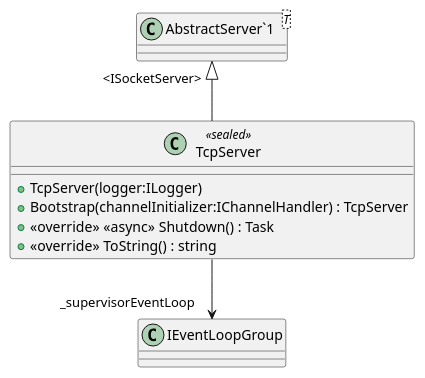
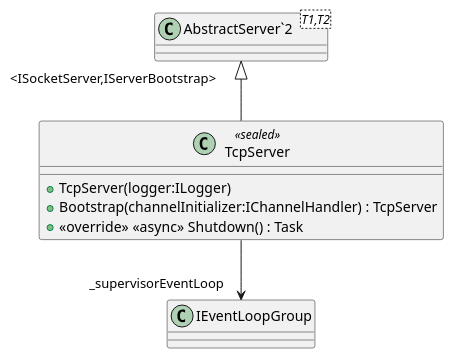
Before and after one commit to catalyst-network/Catalyst: the diagram in Documentation/UML/Catalyst.Node.Common/Helpers/IO/Inbound/TcpServer.puml, drawn with PlantUML. The commit also changed 29 other files, not shown here.

```diff
--- a/Documentation/UML/Catalyst.Node.Common/Helpers/IO/Inbound/TcpServer.puml
+++ b/Documentation/UML/Catalyst.Node.Common/Helpers/IO/Inbound/TcpServer.puml
@@ -1,12 +1,11 @@
 @startuml
 class TcpServer <<sealed>> {
     + TcpServer(logger:ILogger)
     + Bootstrap(channelInitializer:IChannelHandler) : TcpServer
     + <<override>> <<async>> Shutdown() : Task
-    + <<override>> ToString() : string
 }
-class "AbstractServer`1"<T> {
+class "AbstractServer`2"<T1,T2> {
 }
-"AbstractServer`1" "<ISocketServer>" <|-- TcpServer
+"AbstractServer`2" "<ISocketServer,IServerBootstrap>" <|-- TcpServer
 TcpServer --> "_supervisorEventLoop" IEventLoopGroup
 @enduml
```
